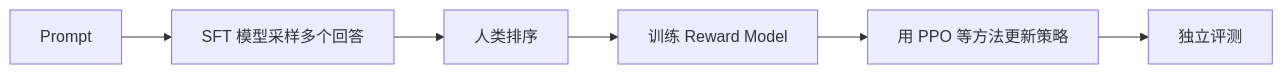
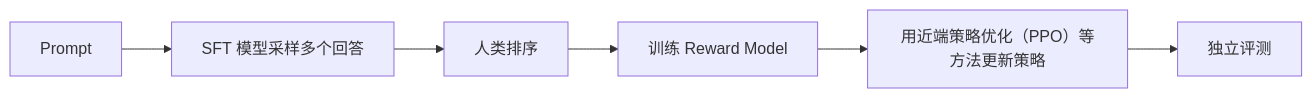
One commit to xizheyin/hft-book-rs changed the first of 2 diagrams in books/ai/src/llm/training_and_alignment.md. Above: the diagram before and after it, drawn with Mermaid. The commit also changed other lines of this file and 79 other files, not shown here.

````diff
--- a/books/ai/src/llm/training_and_alignment.md
+++ b/books/ai/src/llm/training_and_alignment.md
@@ -89,8 +89,8 @@
 ```mermaid
 flowchart LR
     P["Prompt"] --> S["SFT 模型采样多个回答"]
     S --> H["人类排序"]
     H --> R["训练 Reward Model"]
-    R --> RL["用 PPO 等方法更新策略"]
+    R --> RL["用近端策略优化（PPO）等方法更新策略"]
     RL --> E["独立评测"]
 ```
````
